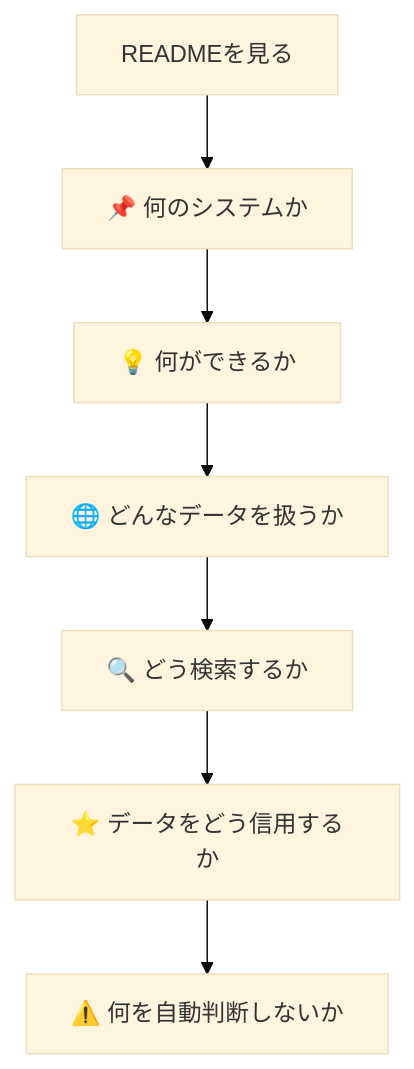
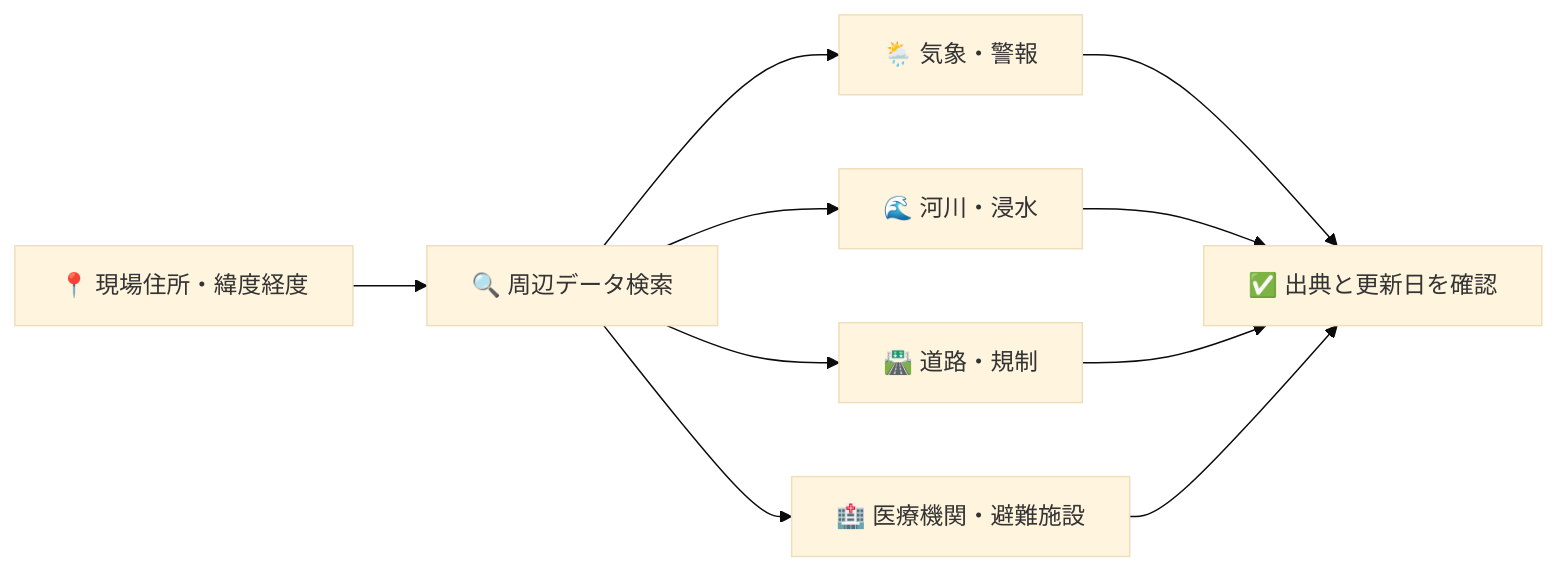
Before and after one commit to Kensan196948G/Civil-Open-Data-Intelligence-Platform: the second of 3 diagrams in README.md, drawn with Mermaid (base theme). The commit also changed other lines of this file and 143 other files, not shown here.

````diff
--- a/README.md
+++ b/README.md
@@ -560,9 +56,12 @@
 ```mermaid
-flowchart TD
-    A["READMEを見る"] --> B["📌 何のシステムか"]
-    B --> C["💡 何ができるか"]
-    C --> D["🌐 どんなデータを扱うか"]
-    D --> E["🔍 どう検索するか"]
-    E --> F["⭐ データをどう信用するか"]
-    F --> G["⚠️ 何を自動判断しないか"]
+flowchart LR
+    A["📍 現場住所・緯度経度"] --> B["🔍 周辺データ検索"]
+    B --> C["🌦️ 気象・警報"]
+    B --> D["🌊 河川・浸水"]
+    B --> E["🛣️ 道路・規制"]
+    B --> F["🏥 医療機関・避難施設"]
+    C --> G["✅ 出典と更新日を確認"]
+    D --> G
+    E --> G
+    F --> G
 ```
````
